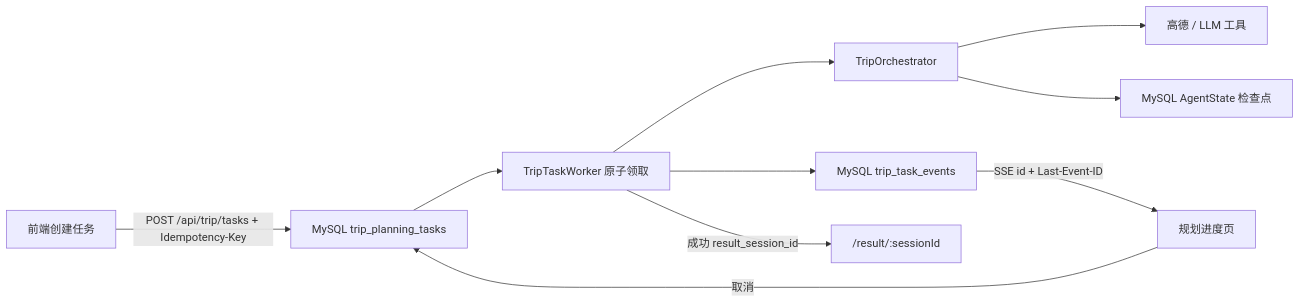
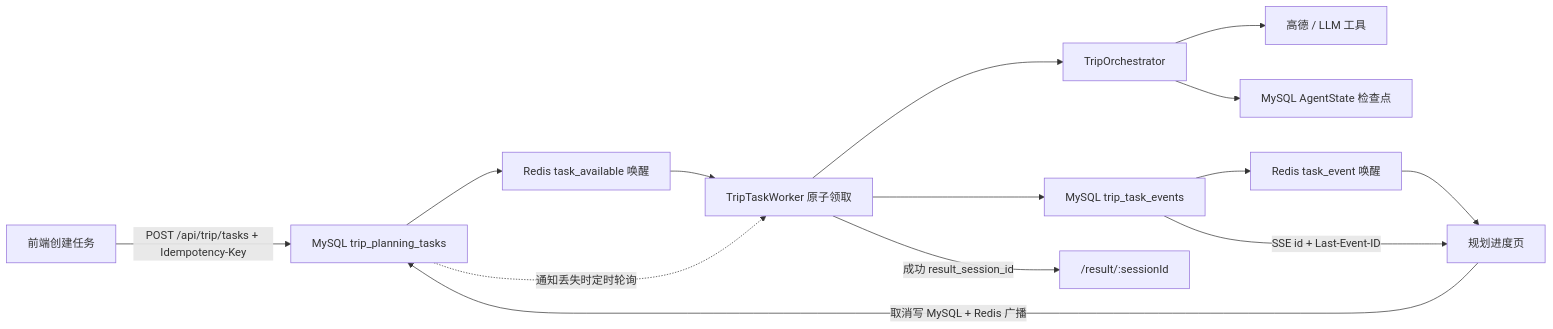
Before and after one commit to huanghu0/travel-agent-backend: the diagram in docs/async-task-runtime.md, drawn with Mermaid. The commit also changed other lines of this file and 16 other files, not shown here.

Commit message:
Redis 任务通知 + 取消/SSE 唤醒

````diff
--- a/docs/async-task-runtime.md
+++ b/docs/async-task-runtime.md
@@ -11,12 +11,16 @@
 ```mermaid
 flowchart LR
     A["前端创建任务"] -->|"POST /api/trip/tasks + Idempotency-Key"| B["MySQL trip_planning_tasks"]
-    B --> C["TripTaskWorker 原子领取"]
+    B --> J["Redis task_available 唤醒"]
+    J --> C["TripTaskWorker 原子领取"]
+    B -. "通知丢失时定时轮询" .-> C
     C --> D["TripOrchestrator"]
     D --> E["高德 / LLM 工具"]
     D --> F["MySQL AgentState 检查点"]
     C --> G["MySQL trip_task_events"]
+    G --> K["Redis task_event 唤醒"]
+    K --> H["SSE 重新读取 MySQL"]
     G -->|"SSE id + Last-Event-ID"| H["规划进度页"]
-    H -->|"取消"| B
+    H -->|"取消写 MySQL + Redis 广播"| B
     C -->|"成功 result_session_id"| I["/result/:sessionId"]
 ```
````
